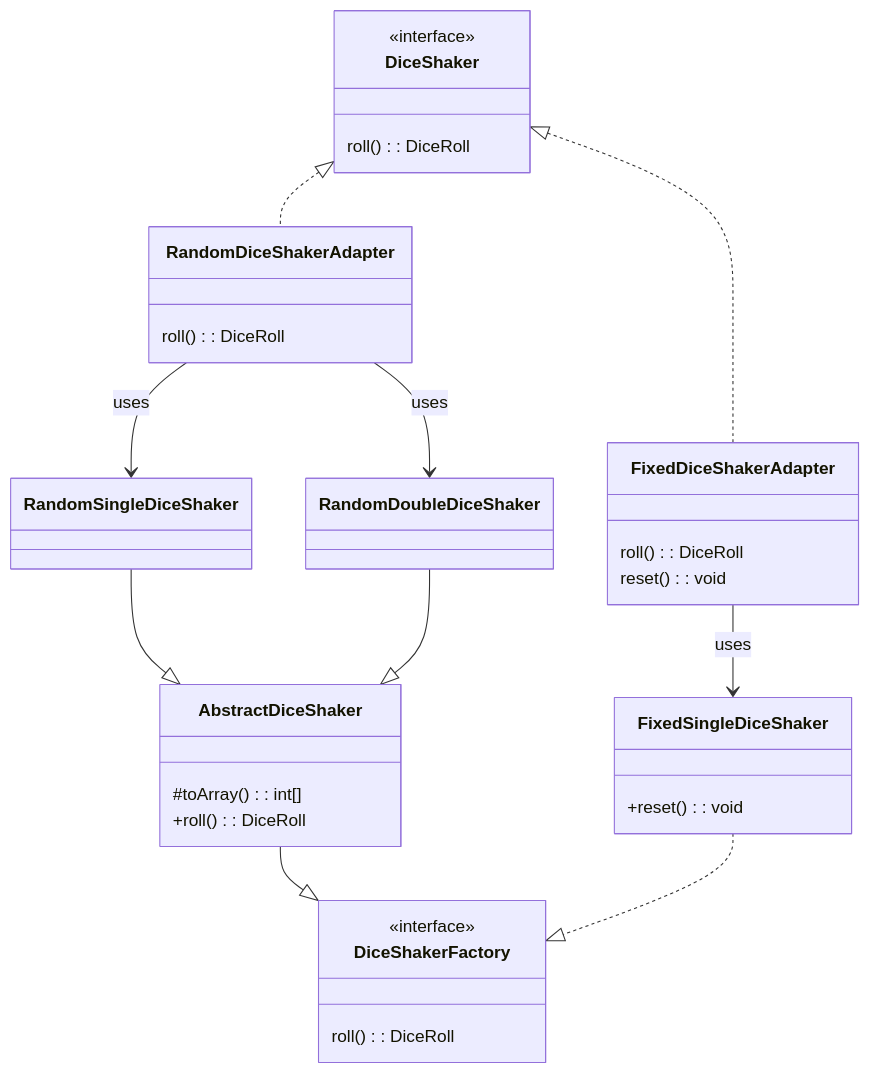
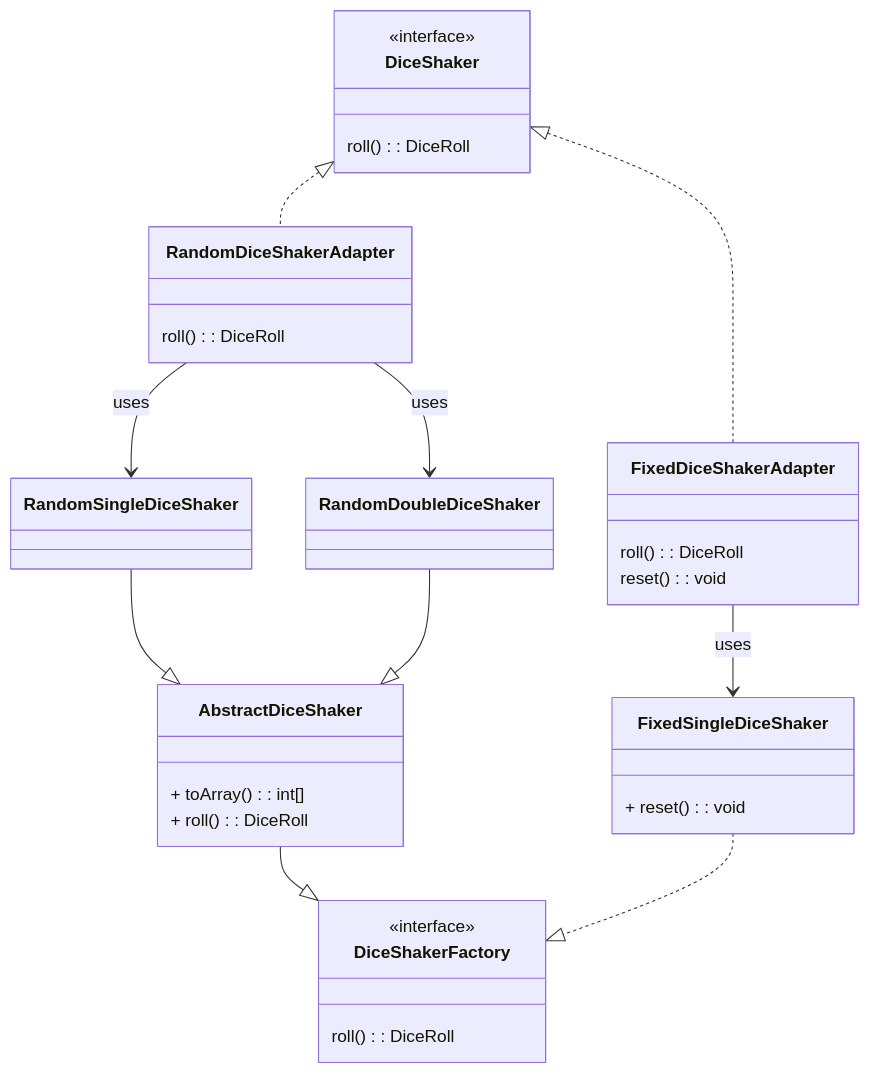
Before and after one commit to SirRmelTheThird/HyperJump: the third of 14 diagrams in README.md, drawn with Mermaid. The commit also changed other lines of this file and 1 other file, not shown here.

````diff
--- a/README.md
+++ b/README.md
@@ -152,48 +154,48 @@
 ```mermaid
 classDiagram
 DiceShaker <|.. RandomDiceShakerAdapter
 DiceShaker <|.. FixedDiceShakerAdapter
 
     RandomDiceShakerAdapter --> RandomSingleDiceShaker : uses
     RandomDiceShakerAdapter --> RandomDoubleDiceShaker : uses
     FixedDiceShakerAdapter --> FixedSingleDiceShaker : uses
 
     RandomSingleDiceShaker --|> AbstractDiceShaker
     RandomDoubleDiceShaker --|> AbstractDiceShaker
 
     AbstractDiceShaker --|> DiceShakerFactory
 
     FixedSingleDiceShaker ..|> DiceShakerFactory
 
     class DiceShaker {
         <<interface>>
         roll(): DiceRoll
     }
 
     class RandomDiceShakerAdapter {
         roll(): DiceRoll
     }
 
     class FixedDiceShakerAdapter {
         roll(): DiceRoll
         reset(): void
     }
 
     class DiceShakerFactory {
         <<interface>>
         roll(): DiceRoll
     }
 
     class AbstractDiceShaker {
-        #toArray(): int[]
-        +roll(): DiceRoll
+        + toArray(): int[]
+        + roll(): DiceRoll
     }
 
     class RandomSingleDiceShaker
 
     class RandomDoubleDiceShaker
 
     class FixedSingleDiceShaker {
-        +reset(): void
+        + reset(): void
     }
 ```
````
